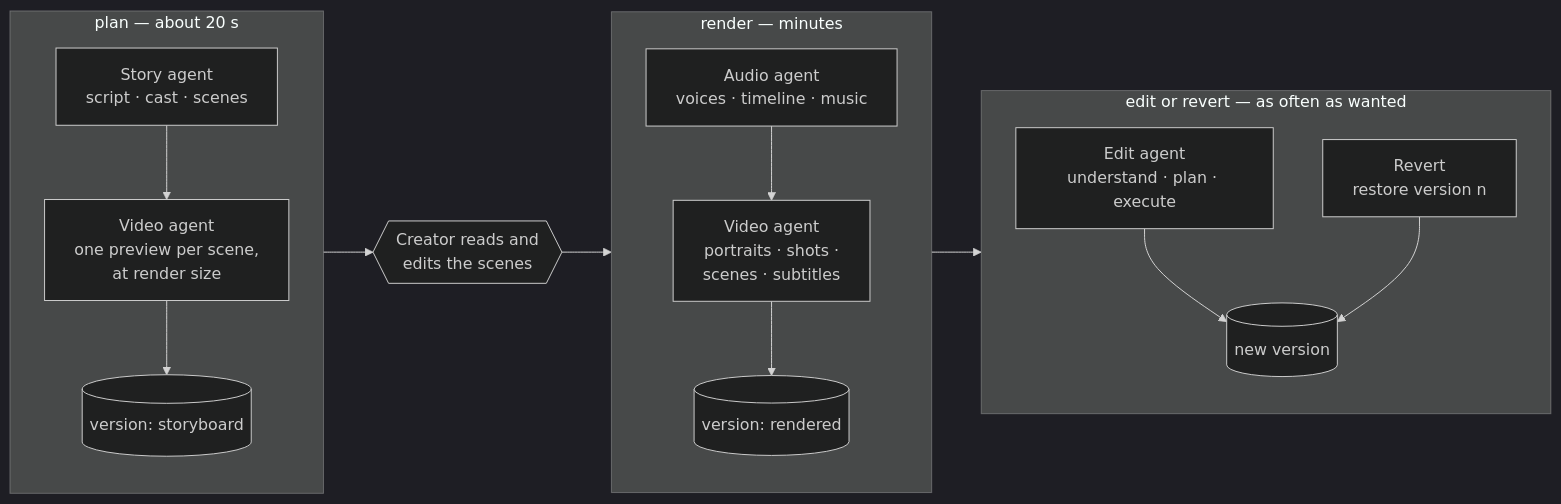
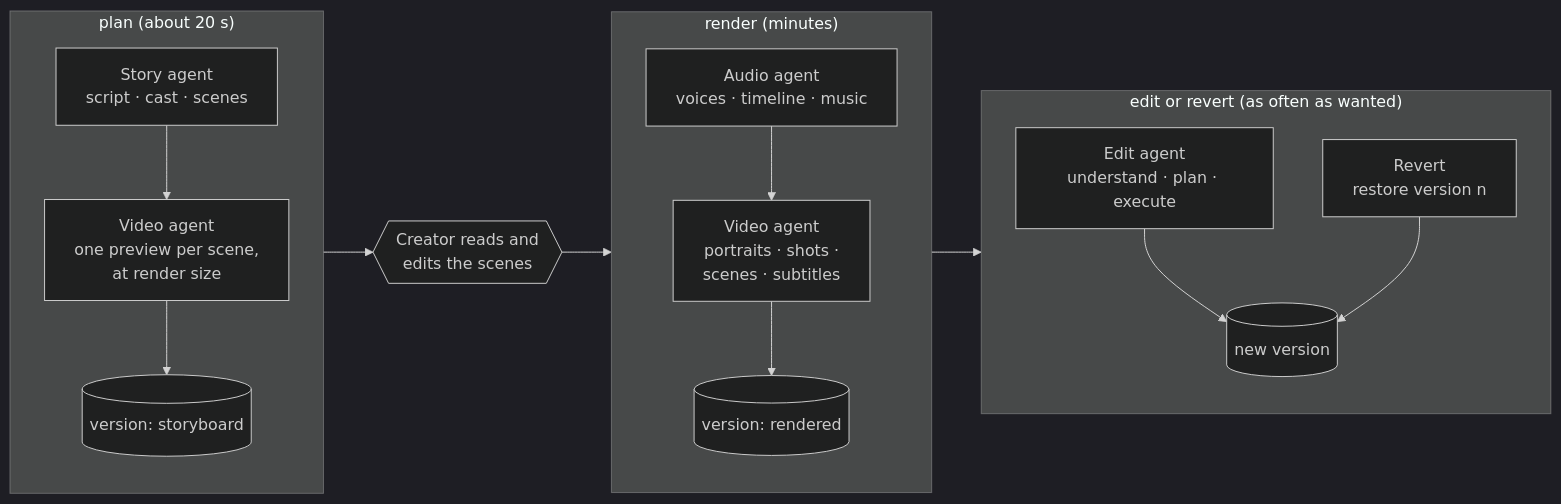
One commit to SaadAbdullaH3/Automated-Story-Generation changed the second of 9 diagrams in docs/AGENTS.md. Above: the diagram before and after it, drawn with Mermaid (dark theme). The commit also changed other lines of this file and 16 other files, not shown here.

````diff
--- a/docs/AGENTS.md
+++ b/docs/AGENTS.md
@@ -111,24 +111,24 @@
 ```mermaid
 flowchart LR
-    subgraph planG["plan — about 20 s"]
+    subgraph planG["plan (about 20 s)"]
         direction TB
         p1["Story agent<br/>script · cast · scenes"] --> p2["Video agent<br/>one preview per scene,<br/>at render size"]
         p2 --> p3[("version: storyboard")]
     end
 
     review{{"Creator reads and<br/>edits the scenes"}}
 
-    subgraph renderG["render — minutes"]
+    subgraph renderG["render (minutes)"]
         direction TB
         r1["Audio agent<br/>voices · timeline · music"] --> r2["Video agent<br/>portraits · shots ·<br/>scenes · subtitles"]
         r2 --> r3[("version: rendered")]
     end
 
-    subgraph changeG["edit or revert — as often as wanted"]
+    subgraph changeG["edit or revert (as often as wanted)"]
         direction TB
         e1["Edit agent<br/>understand · plan · execute"] --> e3[("new version")]
         v1["Revert<br/>restore version n"] --> e3
     end
 
     planG --> review --> renderG --> changeG
 ```
````
